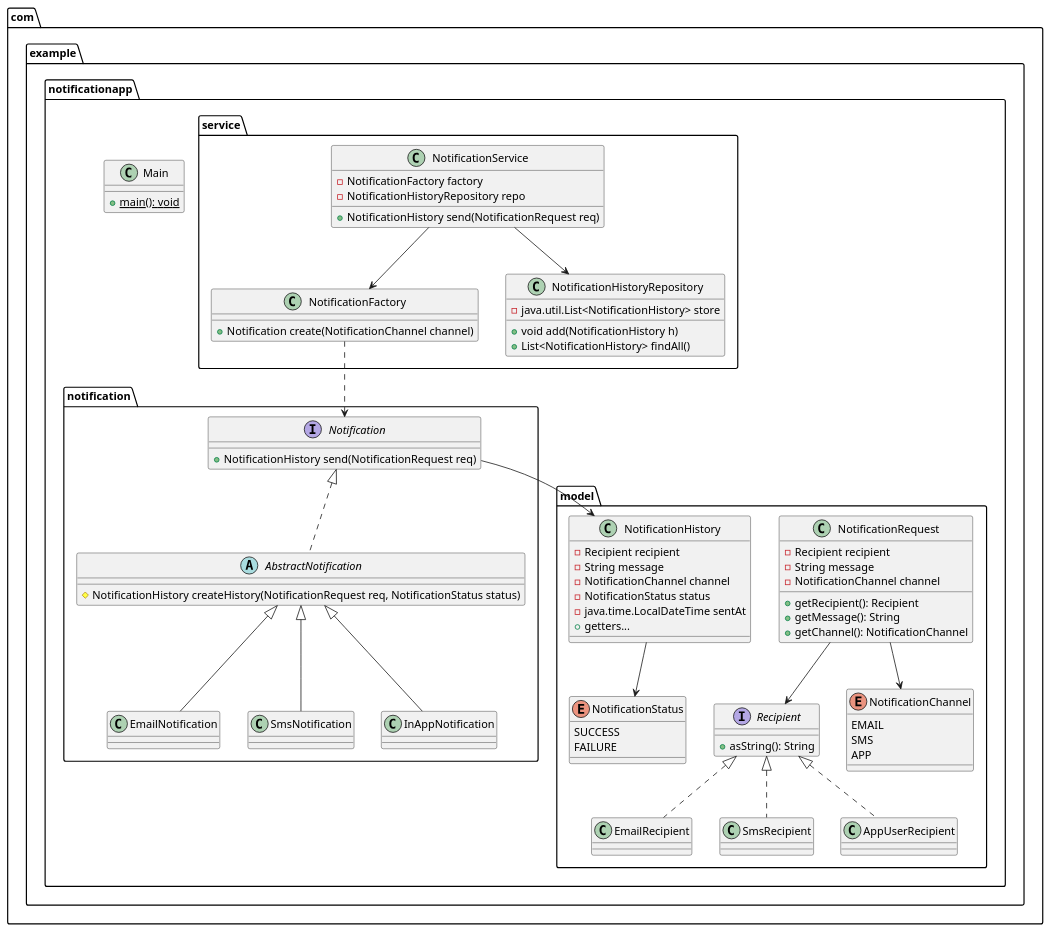
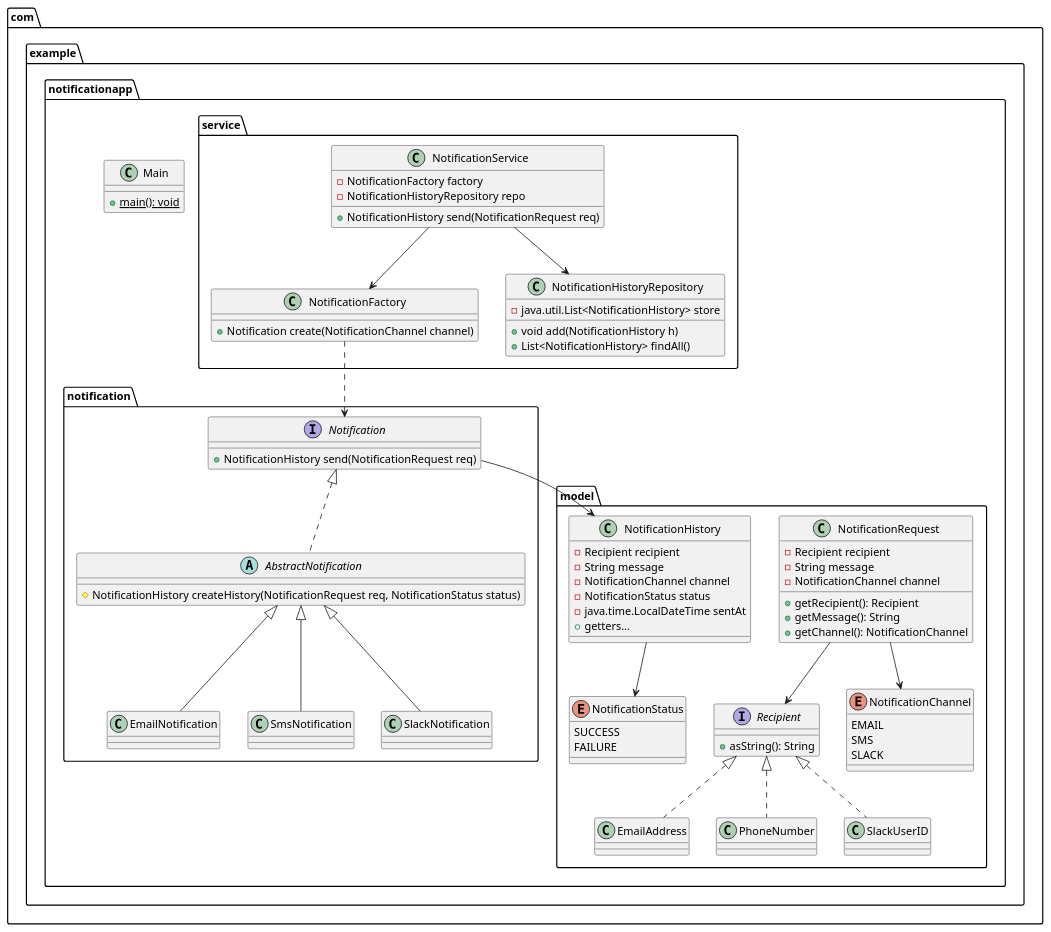
The diagram in docs/fig/class_diagram.puml (tri-shtr/notification-app), drawn with PlantUML before and after one commit. The commit also changed 6 other files, not shown here.

```diff
--- a/docs/fig/class_diagram.puml
+++ b/docs/fig/class_diagram.puml
@@ -1,105 +1,105 @@
 @startuml
 package com {
   package example {
     package notificationapp {
 
         class Main {
         {static} + main(): void
         }
 
         package model {
             class NotificationRequest {
                 - Recipient recipient
                 - String message
                 - NotificationChannel channel
                 + getRecipient(): Recipient
                 + getMessage(): String
                 + getChannel(): NotificationChannel
             }
 
             interface Recipient {
                 + asString(): String
             }
-            class EmailRecipient
-            class SmsRecipient
-            class AppUserRecipient
+            class EmailAddress
+            class PhoneNumber
+            class SlackUserID
 
             enum NotificationChannel {
                 EMAIL
                 SMS
-                APP
+                SLACK
             }
 
             class NotificationHistory {
                 - Recipient recipient
                 - String message
                 - NotificationChannel channel
                 - NotificationStatus status
                 - java.time.LocalDateTime sentAt
                 + getters...
             }
 
             enum NotificationStatus {
                 SUCCESS
                 FAILURE
             }
         }
 
         package notification {
             interface Notification {
                 + NotificationHistory send(NotificationRequest req)
             }
 
             abstract class AbstractNotification {
                 # NotificationHistory createHistory(NotificationRequest req, NotificationStatus status)
             }
 
             class EmailNotification
             class SmsNotification
-            class InAppNotification
+            class SlackNotification
 
         }
 
         package service {
             class NotificationFactory {
                 + Notification create(NotificationChannel channel)
             }
 
             class NotificationService {
                 - NotificationFactory factory
                 - NotificationHistoryRepository repo
                 + NotificationHistory send(NotificationRequest req)
             }
 
             class NotificationHistoryRepository {
                 - java.util.List<NotificationHistory> store
                 + void add(NotificationHistory h)
                 + List<NotificationHistory> findAll()
             }
         }
 
     }
 
 
   }
 
 }
 
 com.example.notificationapp.model.NotificationRequest --> com.example.notificationapp.model.Recipient
-com.example.notificationapp.model.Recipient <|.. com.example.notificationapp.model.EmailRecipient
-com.example.notificationapp.model.Recipient <|.. com.example.notificationapp.model.SmsRecipient
-com.example.notificationapp.model.Recipient <|.. com.example.notificationapp.model.AppUserRecipient
+com.example.notificationapp.model.Recipient <|.. com.example.notificationapp.model.EmailAddress
+com.example.notificationapp.model.Recipient <|.. com.example.notificationapp.model.PhoneNumber
+com.example.notificationapp.model.Recipient <|.. com.example.notificationapp.model.SlackUserID
 
 com.example.notificationapp.notification.Notification <|.. com.example.notificationapp.notification.AbstractNotification
 com.example.notificationapp.notification.AbstractNotification <|-- com.example.notificationapp.notification.EmailNotification
 com.example.notificationapp.notification.AbstractNotification <|-- com.example.notificationapp.notification.SmsNotification
-com.example.notificationapp.notification.AbstractNotification <|-- com.example.notificationapp.notification.InAppNotification
+com.example.notificationapp.notification.AbstractNotification <|-- com.example.notificationapp.notification.SlackNotification
 
 com.example.notificationapp.service.NotificationService --> com.example.notificationapp.service.NotificationFactory
 com.example.notificationapp.service.NotificationService --> com.example.notificationapp.service.NotificationHistoryRepository
 com.example.notificationapp.service.NotificationFactory ..> com.example.notificationapp.notification.Notification
 com.example.notificationapp.notification.Notification --> com.example.notificationapp.model.NotificationHistory
 
 com.example.notificationapp.model.NotificationHistory --> com.example.notificationapp.model.NotificationStatus
 com.example.notificationapp.model.NotificationRequest --> com.example.notificationapp.model.NotificationChannel
 @enduml
```
